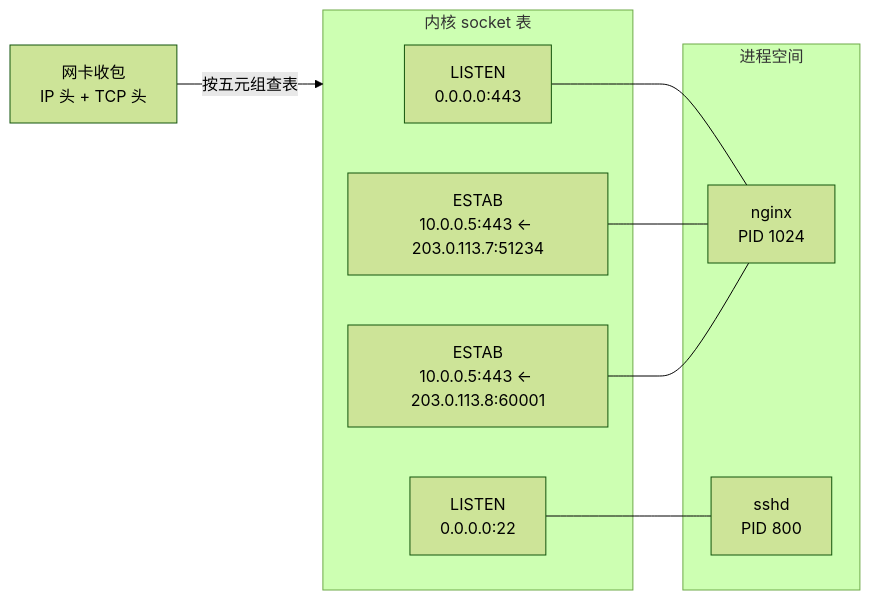
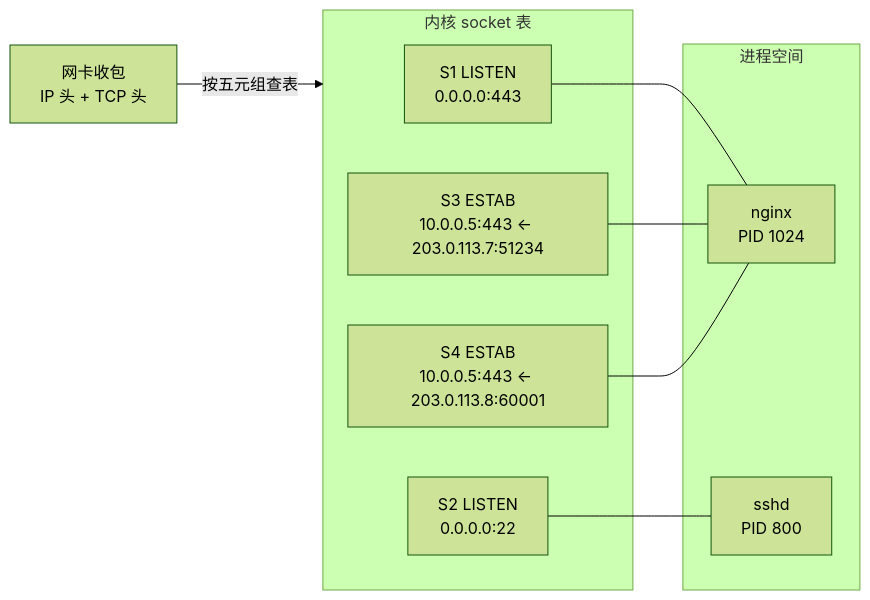
One commit to xuchaoxin1375/blogs changed the first of 5 diagrams in Code/OS/linux/现代操作系统@网络端口信息查看@放行端口@端口占用.md. Above: the diagram before and after it, drawn with Mermaid (forest theme). The commit also changed other lines of this file and 1 other file, not shown here.

Commit message:
general update project 09/28/2026 10:39:11

````diff
--- a/Code/OS/linux/现代操作系统@网络端口信息查看@放行端口@端口占用.md
+++ b/Code/OS/linux/现代操作系统@网络端口信息查看@放行端口@端口占用.md
@@ -66,18 +66,18 @@
 ```mermaid
 flowchart LR
+    NIC["网卡收包<br>IP 头 + TCP 头"] -->|"按五元组查表"| K
+    subgraph K["内核 socket 表"]
+        S1["S1 LISTEN<br>0.0.0.0:443"]
+        S3["S3 ESTAB<br>10.0.0.5:443 ← 203.0.113.7:51234"]
+        S4["S4 ESTAB<br>10.0.0.5:443 ← 203.0.113.8:60001"]
+        S2["S2 LISTEN<br>0.0.0.0:22"]
+    end
     subgraph P["进程空间"]
         A1["nginx<br>PID 1024"]
         A2["sshd<br>PID 800"]
     end
-    subgraph K["内核 socket 表"]
-        S1["LISTEN<br>0.0.0.0:443"]
-        S2["LISTEN<br>0.0.0.0:22"]
-        S3["ESTAB<br>10.0.0.5:443 ← 203.0.113.7:51234"]
-        S4["ESTAB<br>10.0.0.5:443 ← 203.0.113.8:60001"]
-    end
-    NIC["网卡收包<br>IP 头 + TCP 头"] -->|"按五元组查表"| K
     S1 --- A1
     S3 --- A1
     S4 --- A1
     S2 --- A2
 ```
````
